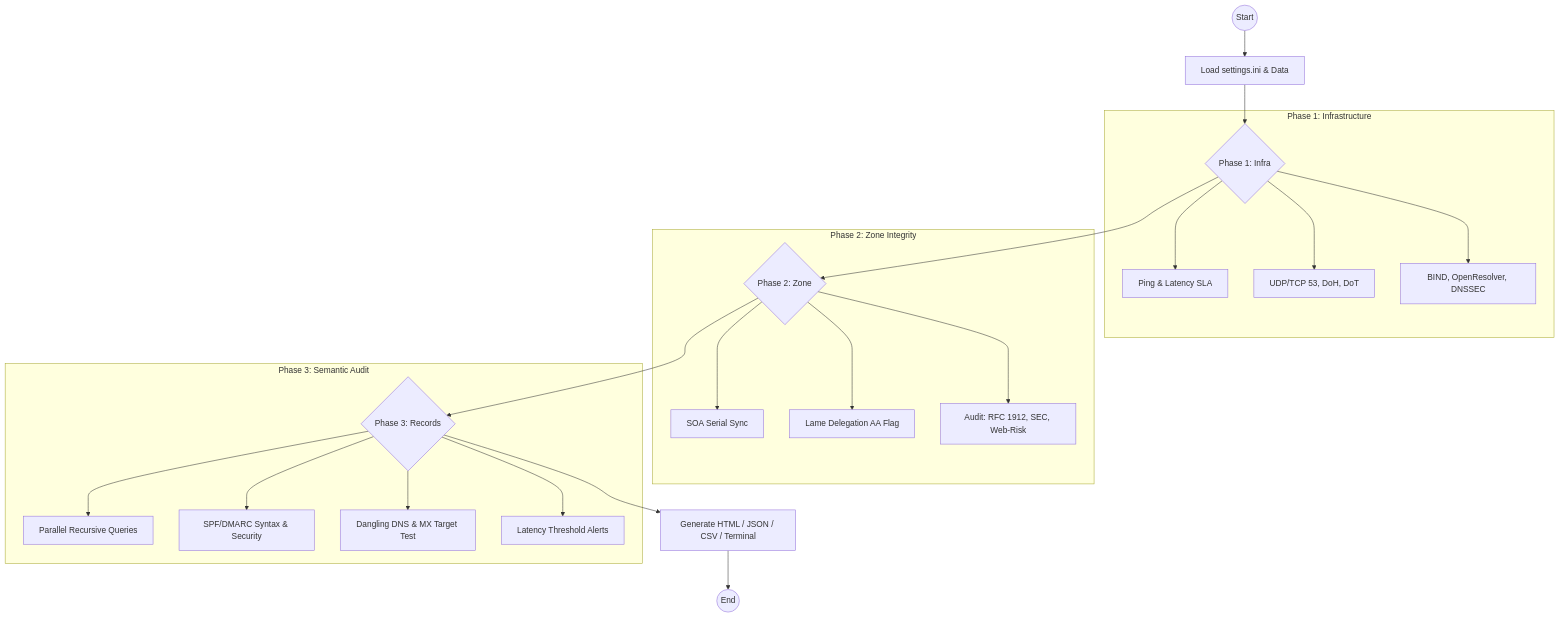
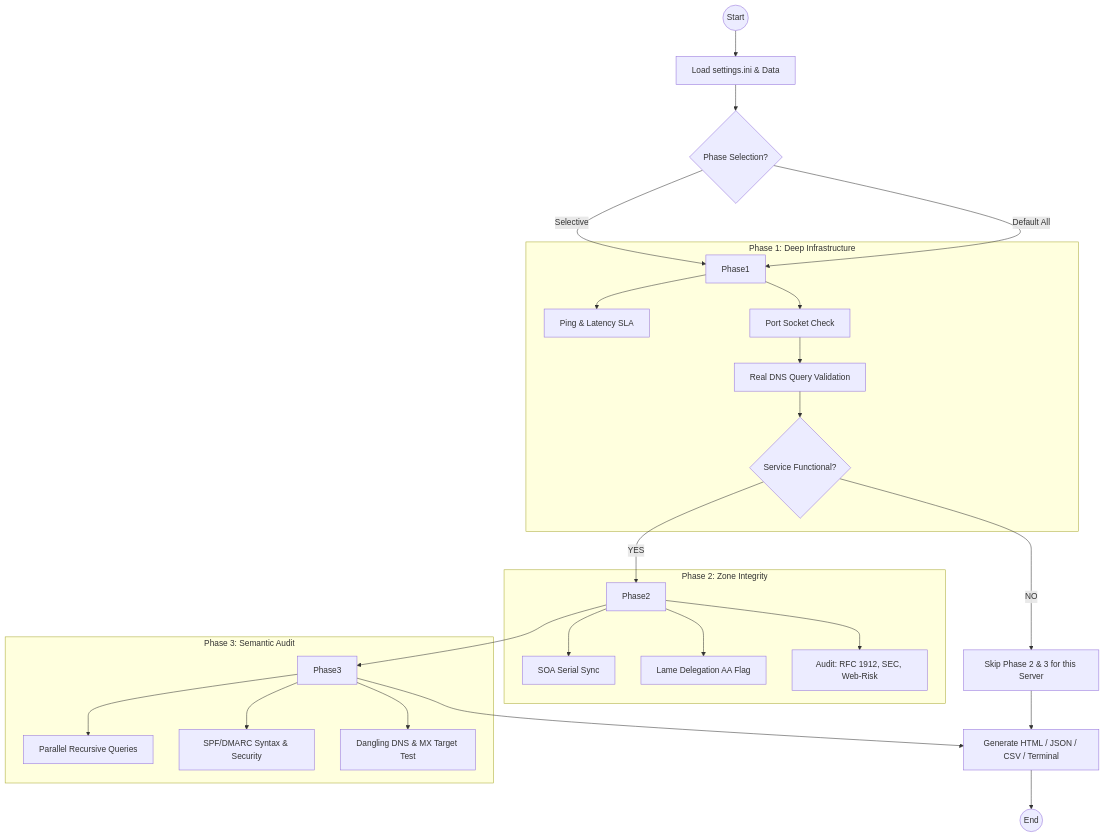
One commit to flashbsb/friendly-dns-reporter changed the diagram in README.md. Above: the diagram before and after it, drawn with Mermaid. The commit also changed other lines of this file and 7 other files, not shown here.

````diff
--- a/README.md
+++ b/README.md
@@ -26,31 +27,36 @@
 ```mermaid
 graph TD
     Start((Start)) --> LoadConfig[Load settings.ini & Data]
-    LoadConfig --> Phase1{Phase 1: Infra}
+    LoadConfig --> PhaseSelect{Phase Selection?}
     
-    subgraph "Phase 1: Infrastructure"
+    PhaseSelect -- Selective --> Phase1
+    PhaseSelect -- Default All --> Phase1
+
+    subgraph "Phase 1: Deep Infrastructure"
         Phase1 --> Ping[Ping & Latency SLA]
-        Phase1 --> Service[UDP/TCP 53, DoH, DoT]
-        Phase1 --> Security[BIND, OpenResolver, DNSSEC]
+        Phase1 --> PortCheck[Port Socket Check]
+        PortCheck --> ServiceCheck[Real DNS Query Validation]
+        ServiceCheck --> CircuitBreaker{Service Functional?}
     end
 
-    Phase1 --> Phase2{Phase 2: Zone}
-    
+    CircuitBreaker -- NO --> Skip[Skip Phase 2 & 3 for this Server]
+    CircuitBreaker -- YES --> Phase2
+
     subgraph "Phase 2: Zone Integrity"
         Phase2 --> Sync[SOA Serial Sync]
         Phase2 --> AA[Lame Delegation AA Flag]
         Phase2 --> Advanced[Audit: RFC 1912, SEC, Web-Risk]
     end
 
-    Phase2 --> Phase3{Phase 3: Records}
-    
+    Phase2 --> Phase3
+
     subgraph "Phase 3: Semantic Audit"
         Phase3 --> Parallel[Parallel Recursive Queries]
         Phase3 --> Semantic[SPF/DMARC Syntax & Security]
         Phase3 --> Chain[Dangling DNS & MX Target Test]
-        Phase3 --> Perf[Latency Threshold Alerts]
     end
 
     Phase3 --> Reports[Generate HTML / JSON / CSV / Terminal]
     Reports --> End((End))
+    Skip --> Reports
 ```
````
